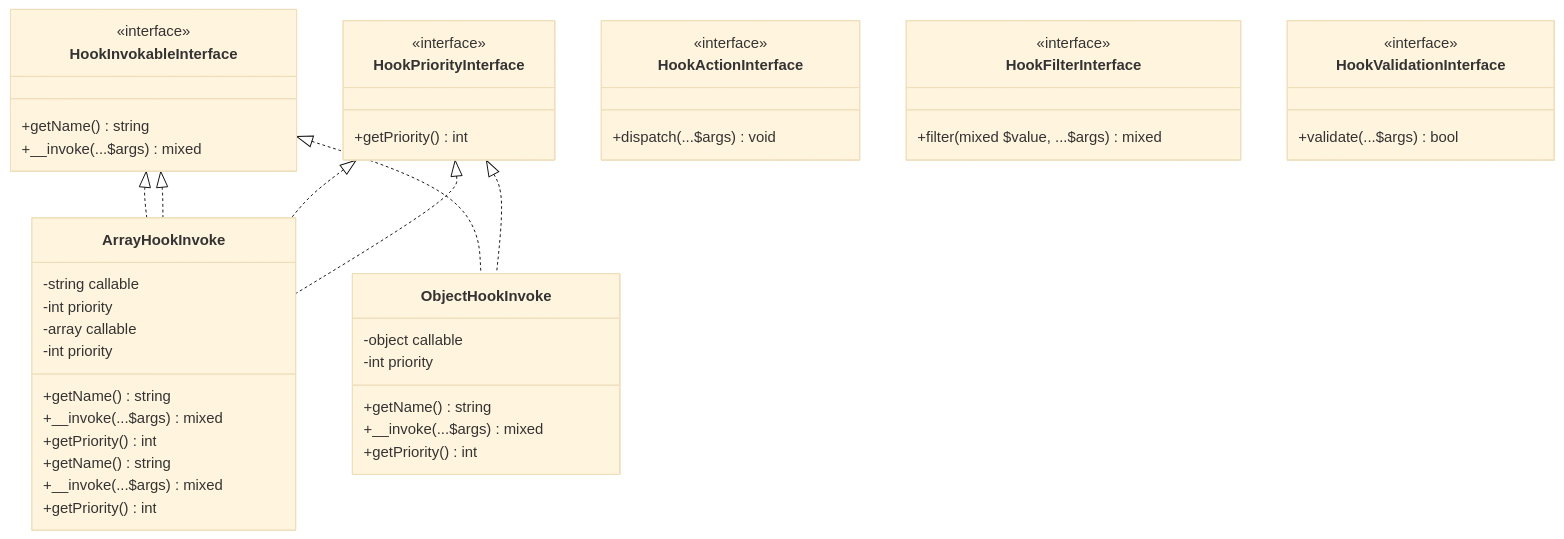
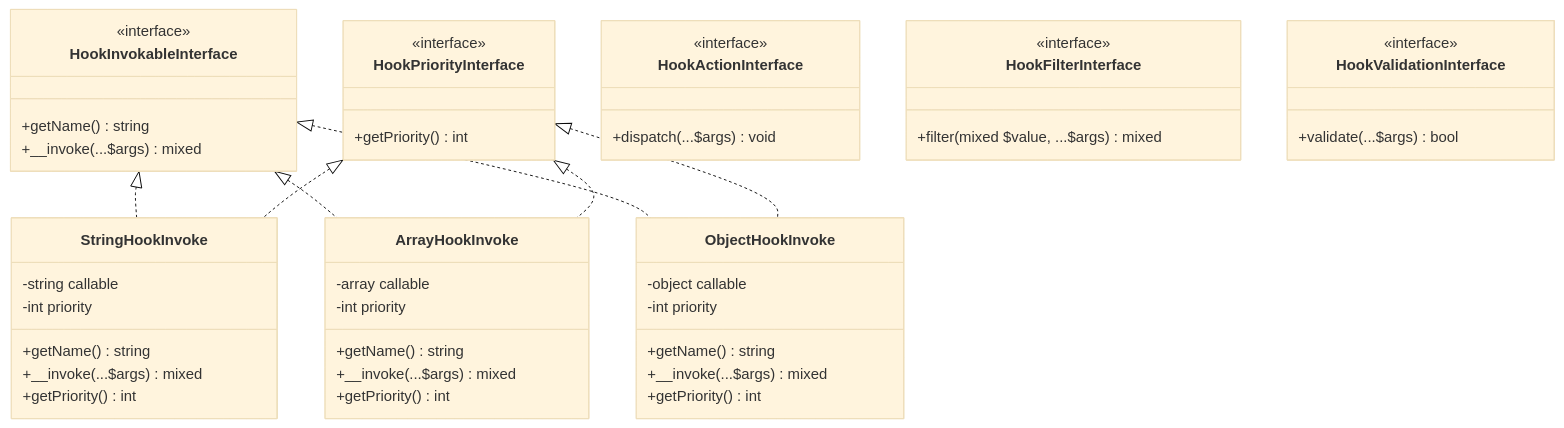
The second of 7 diagrams in docs/architecture.md (SpeedySpec/speedyspec-wp-hook-domain), drawn with Mermaid (base theme) before and after one commit. The commit also changed other lines of this file and 42 other files, not shown here.

````diff
--- a/docs/architecture.md
+++ b/docs/architecture.md
@@ -108,59 +108,59 @@
 ```mermaid
 classDiagram
     class HookInvokableInterface {
         <<interface>>
         +getName() string
         +__invoke(...$args) mixed
     }
 
     class HookPriorityInterface {
         <<interface>>
         +getPriority() int
     }
 
     class HookActionInterface {
         <<interface>>
         +dispatch(...$args) void
     }
 
     class HookFilterInterface {
         <<interface>>
         +filter(mixed $value, ...$args) mixed
     }
 
     class HookValidationInterface {
         <<interface>>
         +validate(...$args) bool
     }
 
-    class ArrayHookInvoke {
+    class StringHookInvoke {
         -string callable
         -int priority
         +getName() string
         +__invoke(...$args) mixed
         +getPriority() int
     }
 
     class ArrayHookInvoke {
         -array callable
         -int priority
         +getName() string
         +__invoke(...$args) mixed
         +getPriority() int
     }
 
     class ObjectHookInvoke {
         -object callable
         -int priority
         +getName() string
         +__invoke(...$args) mixed
         +getPriority() int
     }
 
-    HookInvokableInterface <|.. ArrayHookInvoke
+    HookInvokableInterface <|.. StringHookInvoke
     HookInvokableInterface <|.. ArrayHookInvoke
     HookInvokableInterface <|.. ObjectHookInvoke
-    HookPriorityInterface <|.. ArrayHookInvoke
+    HookPriorityInterface <|.. StringHookInvoke
     HookPriorityInterface <|.. ArrayHookInvoke
     HookPriorityInterface <|.. ObjectHookInvoke
 ```
````
